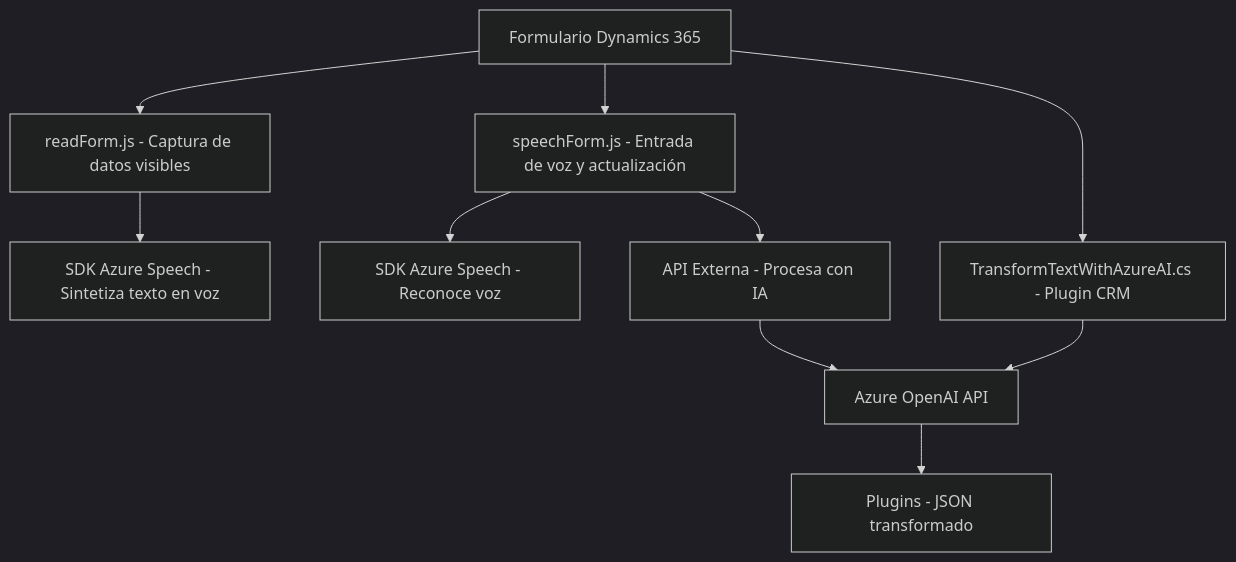
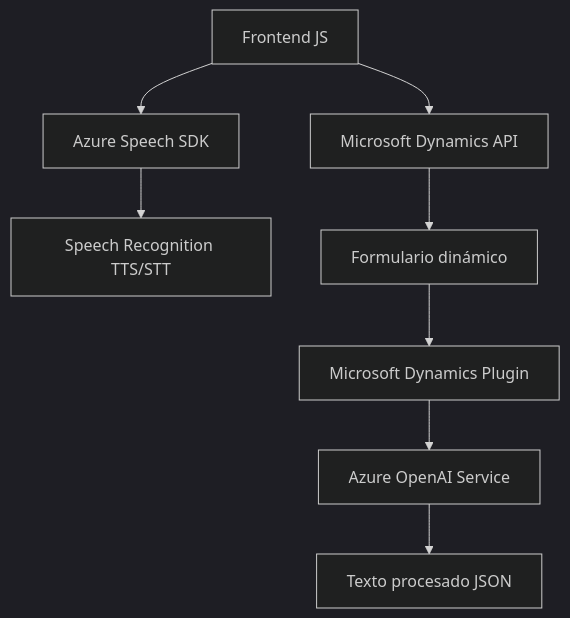
One commit to blopezdm/NETCORE_BILBAO2025 changed the diagram in README.md. Above: the diagram before and after it, drawn with Mermaid (dark theme). The commit also changed other lines of this file, not shown here.

Commit message:
Actualizar análisis global de la solución con IA

````diff
--- a/README.md
+++ b/README.md
@@ -57,12 +58,10 @@
 ```mermaid
 graph TD
-    A["Formulario Dynamics 365"] --> B["readForm.js - Captura de datos visibles"]
-    A --> C["speechForm.js - Entrada de voz y actualización"]
-    B --> D["SDK Azure Speech - Sintetiza texto en voz"]
-    C --> E["SDK Azure Speech - Reconoce voz"]
-    C --> F["API Externa - Procesa con IA"]
-    F --> G["Azure OpenAI API"]
-    A --> H["TransformTextWithAzureAI.cs - Plugin CRM"]
-    H --> G
-    G --> I["Plugins - JSON transformado"]
+    A["Frontend JS"] --> B["Azure Speech SDK"]
+    A["Frontend JS"] --> C["Microsoft Dynamics API"]
+    B["Azure Speech SDK"] --> D["Speech Recognition TTS/STT"]
+    C["Microsoft Dynamics API"] --> E["Formulario dinámico"]
+    E["Formulario dinámico"] --> F["Microsoft Dynamics Plugin"]
+    F["Microsoft Dynamics Plugin"] --> G["Azure OpenAI Service"]
+    G["Azure OpenAI Service"] --> H["Texto procesado JSON"]
 ```
````
